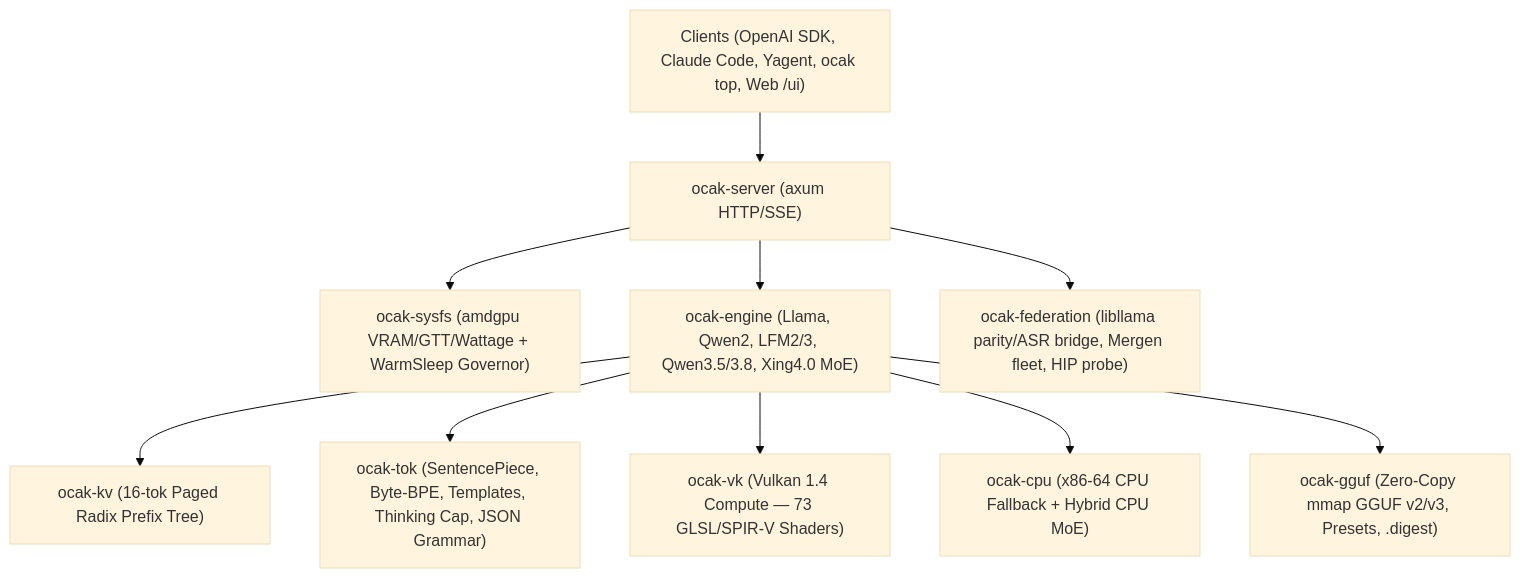
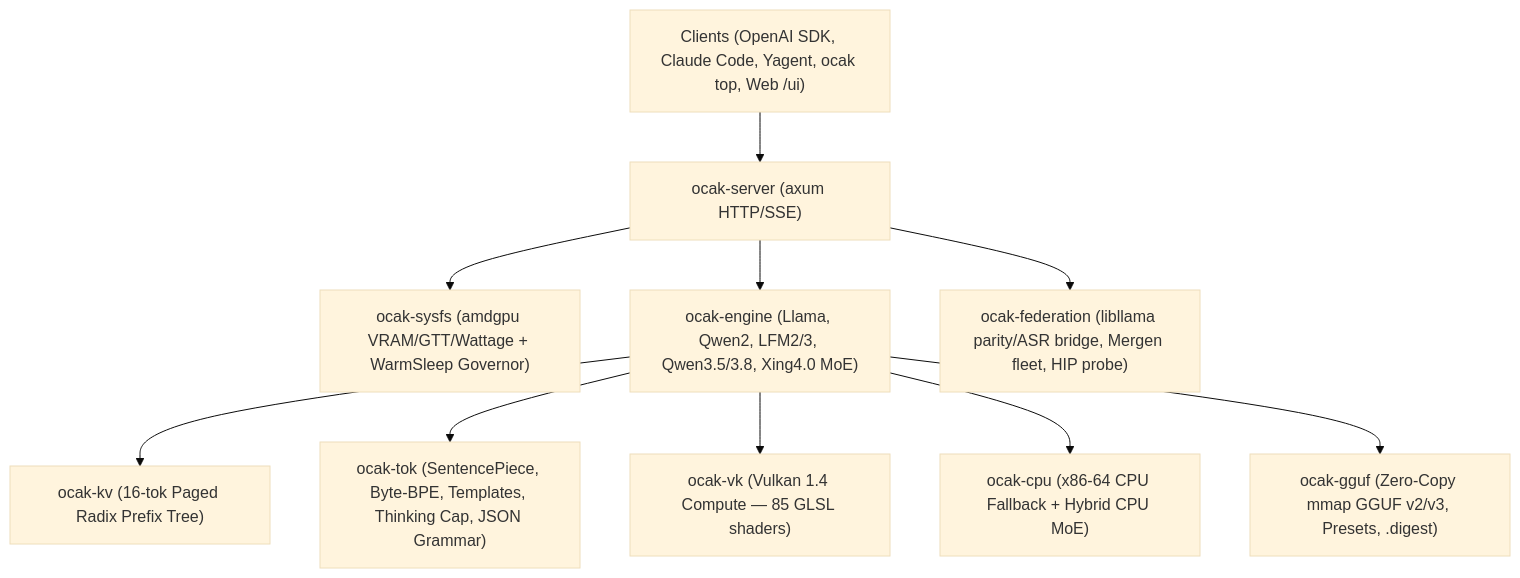
Before and after one commit to Mechres/ocak: the diagram in README.md, drawn with Mermaid (base theme). The commit also changed other lines of this file and 24 other files, not shown here.

````diff
--- a/README.md
+++ b/README.md
@@ -34,12 +34,12 @@
 ```mermaid
 flowchart TD
     Clients["Clients (OpenAI SDK, Claude Code, Yagent, ocak top, Web /ui)"] --> Server["ocak-server (axum HTTP/SSE)"]
     Server --> Gov["ocak-sysfs (amdgpu VRAM/GTT/Wattage + WarmSleep Governor)"]
     Server --> Engine["ocak-engine (Llama, Qwen2, LFM2/3, Qwen3.5/3.8, Xing4.0 MoE)"]
     Server --> Fed["ocak-federation (libllama parity/ASR bridge, Mergen fleet, HIP probe)"]
     Engine --> KV["ocak-kv (16-tok Paged Radix Prefix Tree)"]
     Engine --> Tok["ocak-tok (SentencePiece, Byte-BPE, Templates, Thinking Cap, JSON Grammar)"]
-    Engine --> VK["ocak-vk (Vulkan 1.4 Compute — 73 GLSL/SPIR-V Shaders)"]
+    Engine --> VK["ocak-vk (Vulkan 1.4 Compute — 85 GLSL shaders)"]
     Engine --> CPU["ocak-cpu (x86-64 CPU Fallback + Hybrid CPU MoE)"]
     Engine --> GGUF["ocak-gguf (Zero-Copy mmap GGUF v2/v3, Presets, .digest)"]
 ```
````
